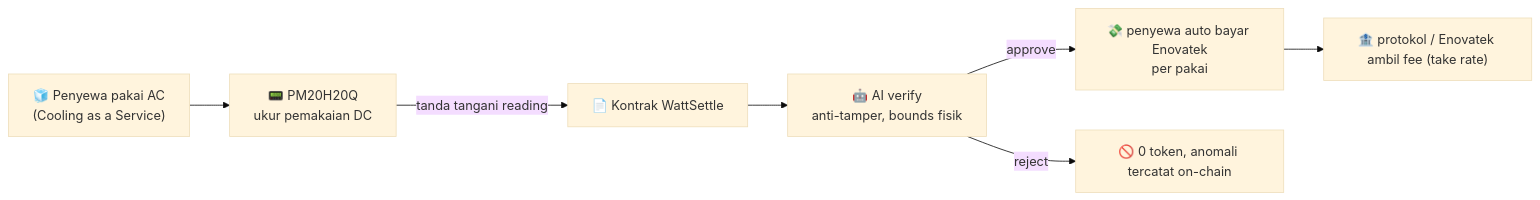
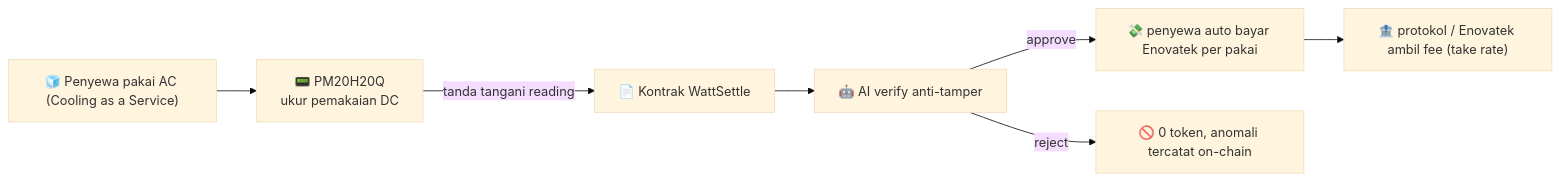
Before and after one commit to GifariKemal/wattsettle: the first of 2 diagrams in docs/03 Opsi 6 Enovatek.md, drawn with Mermaid (base theme). The commit also changed other lines of this file and 10 other files, not shown here.

First line of the commit message:
docs: badge shields.io di semua doc + perbaiki mermaid agar render di GitHub

````diff
--- a/docs/03 Opsi 6 Enovatek.md
+++ b/docs/03 Opsi 6 Enovatek.md
@@ -39,9 +35,9 @@
 ```mermaid
 flowchart LR
-  T["🧊 Penyewa pakai AC<br/>(Cooling as a Service)"] --> M["📟 PM20H20Q<br/>ukur pemakaian DC"]
-  M -->|"tanda tangani reading"| C["📄 Kontrak WattSettle"]
-  C --> V["🤖 AI verify<br/>anti-tamper, bounds fisik"]
-  V -->|approve| PAY["💸 penyewa auto bayar Enovatek<br/>per pakai"]
+  T["🧊 Penyewa pakai AC (Cooling as a Service)"] --> M["📟 PM20H20Q<br>ukur pemakaian DC"]
+  M -->|tanda tangani reading| C["📄 Kontrak WattSettle"]
+  C --> V["🤖 AI verify anti-tamper"]
+  V -->|approve| PAY["💸 penyewa auto bayar Enovatek per pakai"]
   PAY --> FEE["🏦 protokol / Enovatek ambil fee (take rate)"]
   V -->|reject| REC["🚫 0 token, anomali tercatat on-chain"]
 ```
````
